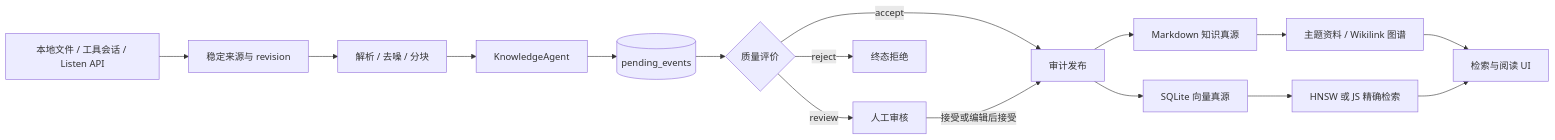
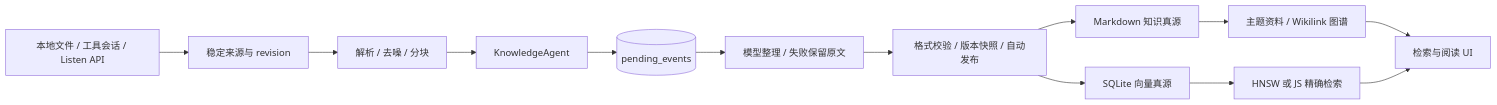
Before and after one commit to DA-cpu1/Auto-Memories-Doll: the diagram in README.md, drawn with Mermaid. The commit also changed other lines of this file and 9 other files, not shown here.

````diff
--- a/README.md
+++ b/README.md
@@ -9,18 +9,15 @@
 ```mermaid
 flowchart LR
   A[本地文件 / 工具会话 / Listen API] --> B[稳定来源与 revision]
   B --> C[解析 / 去噪 / 分块]
   C --> D[KnowledgeAgent]
   D --> E[(pending_events)]
-  E --> F{质量评价}
-  F -->|accept| G[审计发布]
-  F -->|review| H[人工审核]
-  F -->|reject| I[终态拒绝]
-  H -->|接受或编辑后接受| G
+  E --> F[模型整理 / 失败保留原文]
+  F --> G[格式校验 / 版本快照 / 自动发布]
   G --> J[Markdown 知识真源]
   G --> K[SQLite 向量真源]
   J --> L[主题资料 / Wikilink 图谱]
   K --> M[HNSW 或 JS 精确检索]
   L --> N[检索与阅读 UI]
   M --> N
 ```
````
